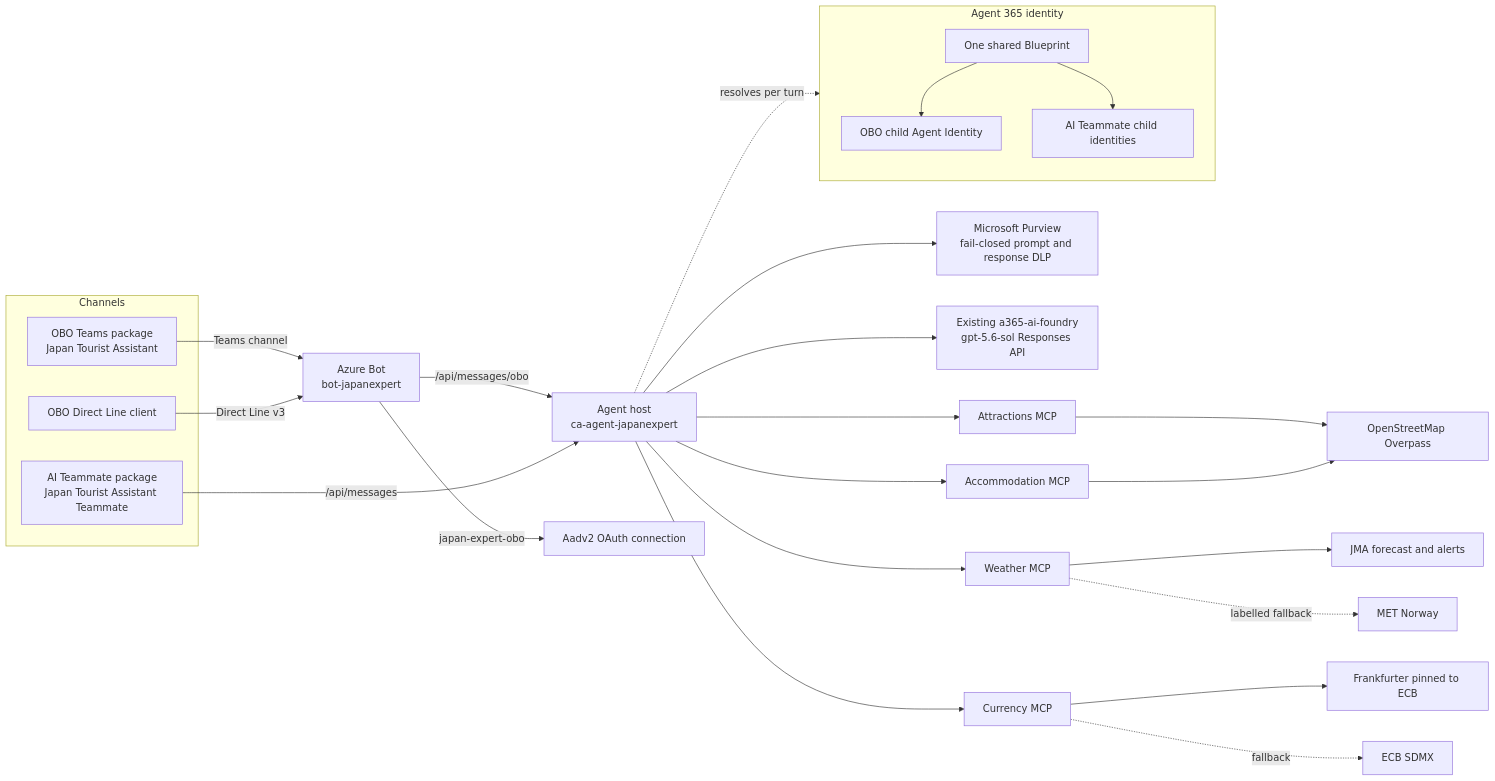
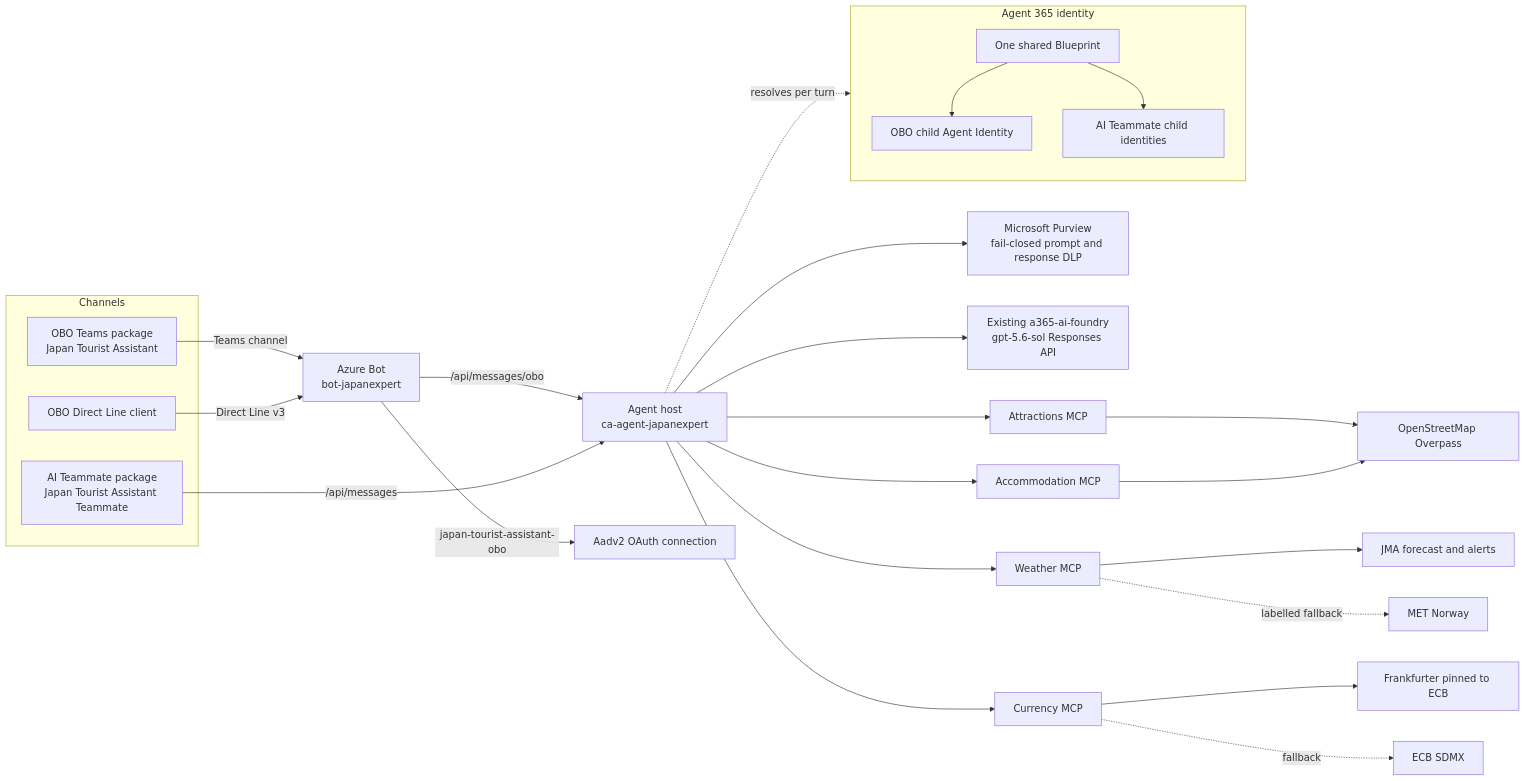
Before and after one commit to patrick-shim/a365-custom-agents: the diagram in README.md, drawn with Mermaid. The commit also changed other lines of this file and 16 other files, not shown here.

First line of the commit message:
Rename the OBO OAuth connection to japan-tourist-assistant-obo

````diff
--- a/README.md
+++ b/README.md
@@ -30,34 +30,34 @@
 ```mermaid
 flowchart LR
   subgraph Channels
     Teams[OBO Teams package<br/>Japan Tourist Assistant]
     Direct[OBO Direct Line client]
     Teammate[AI Teammate package<br/>Japan Tourist Assistant Teammate]
   end
 
   Teams -->|Teams channel| Bot[Azure Bot<br/>bot-japanexpert]
   Direct -->|Direct Line v3| Bot
   Bot -->|/api/messages/obo| Host[Agent host<br/>ca-agent-japanexpert]
-  Bot -->|japan-expert-obo| OAuth[Aadv2 OAuth connection]
+  Bot -->|japan-tourist-assistant-obo| OAuth[Aadv2 OAuth connection]
   Teammate -->|/api/messages| Host
 
   subgraph Identity[Agent 365 identity]
     Blueprint[One shared Blueprint]
     Blueprint --> OboChild[OBO child Agent Identity]
     Blueprint --> TeammateChild[AI Teammate child identities]
   end
   Host -.resolves per turn.-> Identity
 
   Host --> Purview[Microsoft Purview<br/>fail-closed prompt and response DLP]
   Host --> Foundry[Existing a365-ai-foundry<br/>gpt-5.6-sol Responses API]
   Host --> Attractions[Attractions MCP]
   Host --> Weather[Weather MCP]
   Host --> Stay[Accommodation MCP]
   Host --> Currency[Currency MCP]
 
   Attractions & Stay --> OSM[OpenStreetMap Overpass]
   Weather --> JMA[JMA forecast and alerts]
   Weather -. labelled fallback .-> MetNo[MET Norway]
   Currency --> Frank[Frankfurter pinned to ECB]
   Currency -. fallback .-> ECB[ECB SDMX]
 ```
````
